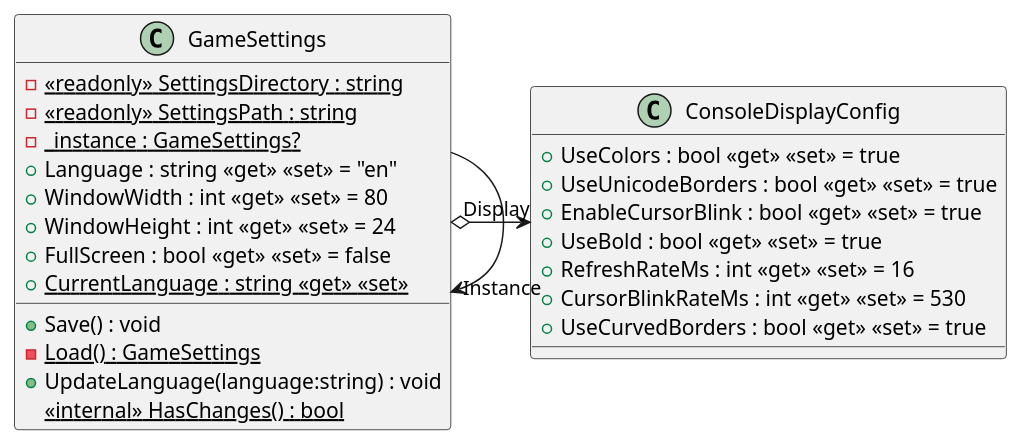
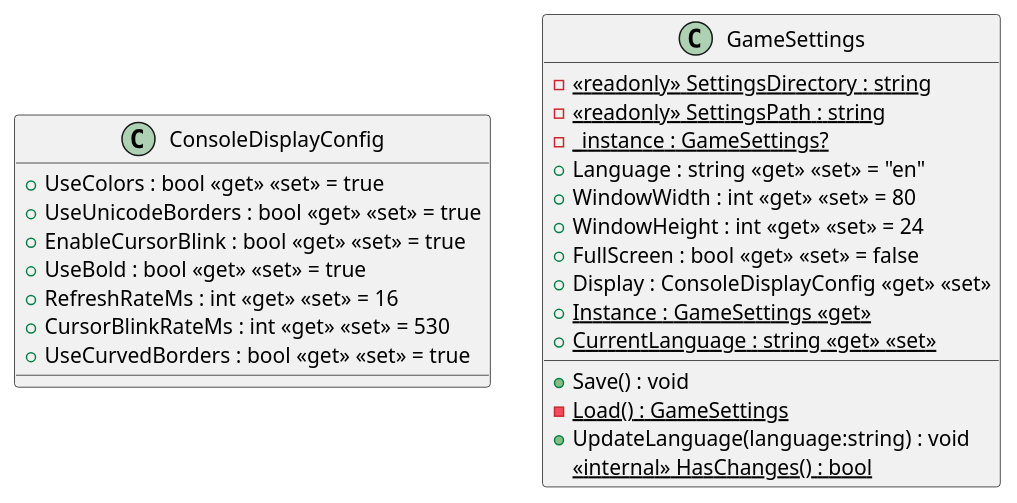
Before and after one commit to Beans69584/rpg: the diagram in RPG/puml_export/src/Core/GameSettings.puml, drawn with PlantUML. The commit also changed 107 other files, not shown here.

```diff
--- a/RPG/puml_export/src/Core/GameSettings.puml
+++ b/RPG/puml_export/src/Core/GameSettings.puml
@@ -1,27 +1,27 @@
 @startuml
 class ConsoleDisplayConfig {
     + UseColors : bool <<get>> <<set>> = true
     + UseUnicodeBorders : bool <<get>> <<set>> = true
     + EnableCursorBlink : bool <<get>> <<set>> = true
     + UseBold : bool <<get>> <<set>> = true
     + RefreshRateMs : int <<get>> <<set>> = 16
     + CursorBlinkRateMs : int <<get>> <<set>> = 530
     + UseCurvedBorders : bool <<get>> <<set>> = true
 }
 class GameSettings {
     - {static} <<readonly>> SettingsDirectory : string
     - {static} <<readonly>> SettingsPath : string
     - {static} _instance : GameSettings?
     + Language : string <<get>> <<set>> = "en"
     + WindowWidth : int <<get>> <<set>> = 80
     + WindowHeight : int <<get>> <<set>> = 24
     + FullScreen : bool <<get>> <<set>> = false
+    + Display : ConsoleDisplayConfig <<get>> <<set>>
+    + {static} Instance : GameSettings <<get>>
     + Save() : void
     - {static} Load() : GameSettings
     + {static} CurrentLanguage : string <<get>> <<set>>
     + UpdateLanguage(language:string) : void
     <<internal>> {static} HasChanges() : bool
 }
-GameSettings o-> "Display" ConsoleDisplayConfig
-GameSettings --> "Instance" GameSettings
 @enduml
```
